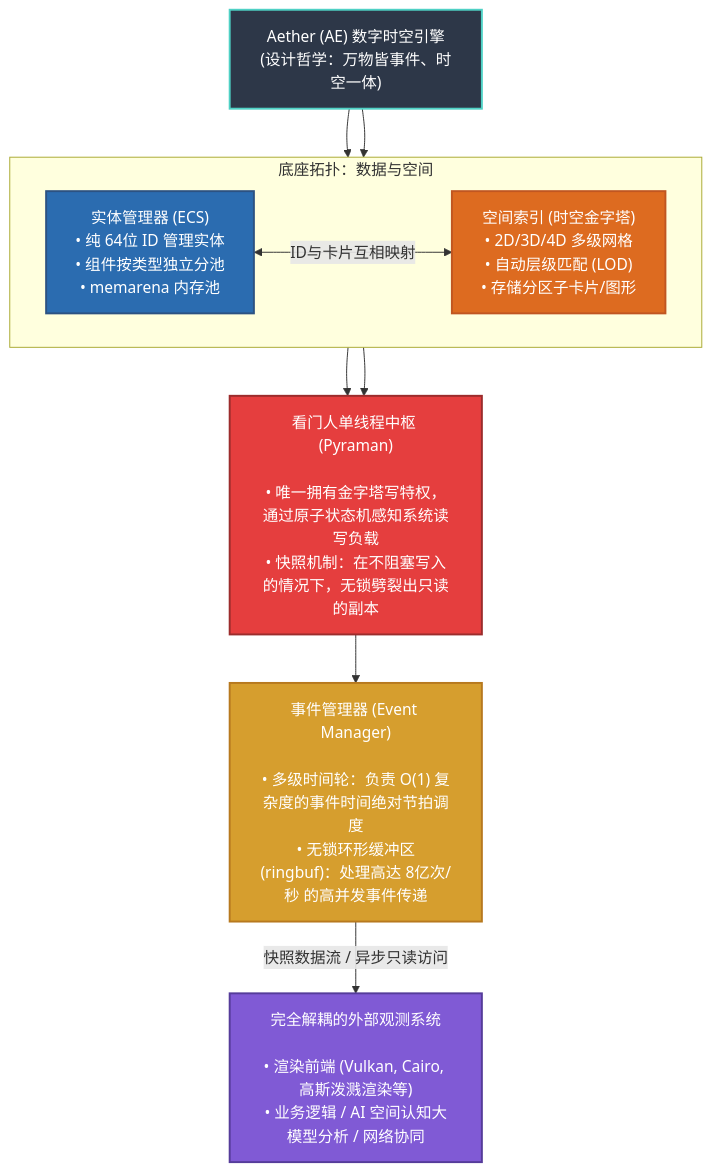
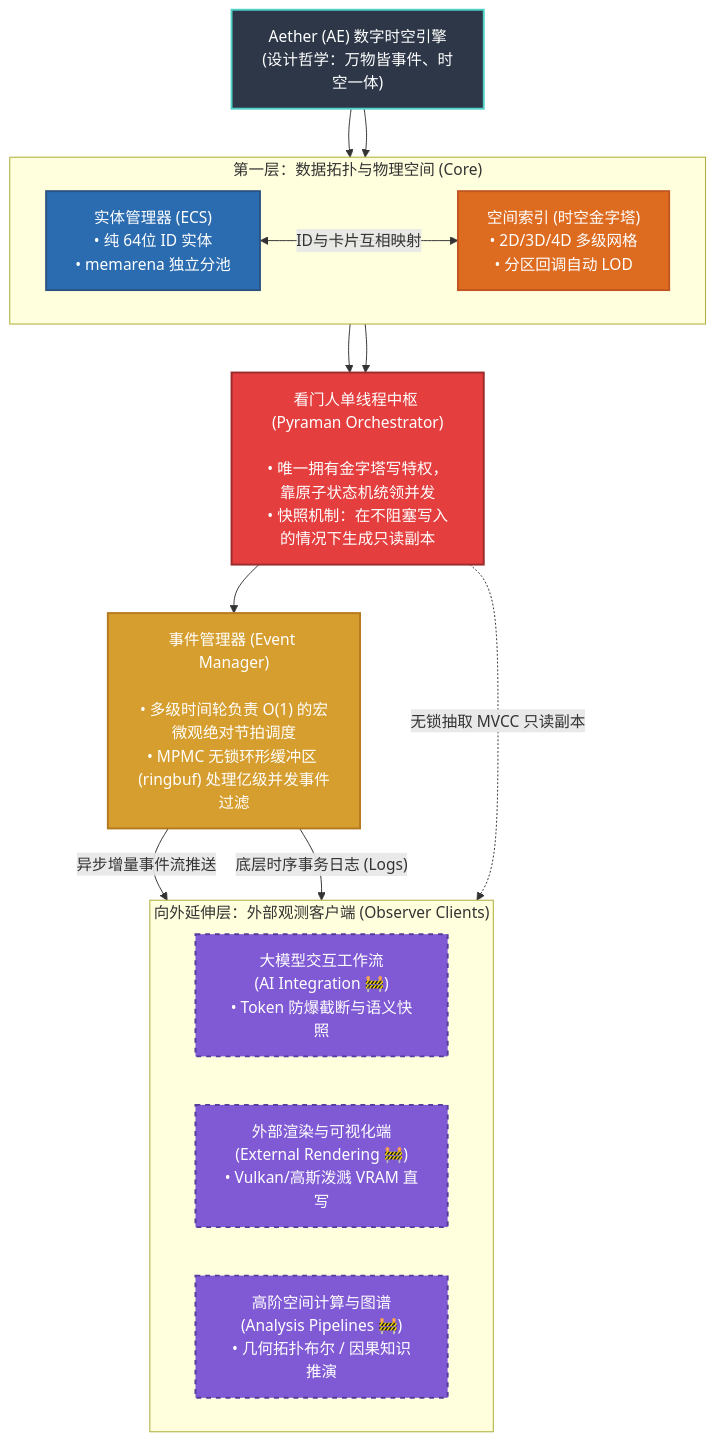
Before and after one commit to mapcarto/aether: the diagram in docs/01_philosophy/index.md, drawn with Mermaid. The commit also changed other lines of this file and 16 other files, not shown here.

Commit message:
docs(architecture): structure rendering clients, complete spatial analysis pipelines, and standardize core glossary

````diff
--- a/docs/01_philosophy/index.md
+++ b/docs/01_philosophy/index.md
@@ -23,35 +23,42 @@
 ```mermaid
 flowchart TD
     classDef engine fill:#2d3748,stroke:#4fd1c5,stroke-width:2px,color:#fff
     classDef core fill:#2b6cb0,stroke:#2c5282,stroke-width:2px,color:#fff
     classDef pyramid fill:#dd6b20,stroke:#c05621,stroke-width:2px,color:#fff
     classDef pyraman fill:#e53e3e,stroke:#9b2c2c,stroke-width:2px,color:#fff
     classDef event fill:#d69e2e,stroke:#b7791f,stroke-width:2px,color:#fff
-    classDef external fill:#805ad5,stroke:#553c9a,stroke-width:2px,color:#fff
+    classDef pipeline fill:#805ad5,stroke:#553c9a,stroke-width:2px,color:#fff,stroke-dasharray: 5 5
 
     AE["Aether (AE) 数字时空引擎<br/>(设计哲学：万物皆事件、时空一体)"]:::engine
 
-    subgraph "底座拓扑：数据与空间"
+    subgraph "第一层：数据拓扑与物理空间 (Core)"
         direction LR
-        ECS["实体管理器 (ECS)<br/>• 纯 64位 ID 管理实体<br/>• 组件按类型独立分池<br/>• memarena 内存池"]:::core
-        GRID["空间索引 (时空金字塔)<br/>• 2D/3D/4D 多级网格<br/>• 自动层级匹配 (LOD)<br/>• 存储分区子卡片/图形"]:::pyramid
+        ECS["实体管理器 (ECS)<br/>• 纯 64位 ID 实体<br/>• memarena 独立分池"]:::core
+        GRID["空间索引 (时空金字塔)<br/>• 2D/3D/4D 多级网格<br/>• 分区回调自动 LOD"]:::pyramid
         
         ECS <-->|"ID与卡片互相映射"| GRID
     end
 
     AE --> ECS
     AE --> GRID
 
-    PYRAMAN["看门人单线程中枢 (Pyraman)<br/><br/>• 唯一拥有金字塔写特权，通过原子状态机感知系统读写负载<br/>• 快照机制：在不阻塞写入的情况下，无锁劈裂出只读的副本"]:::pyraman
+    PYRAMAN["看门人单线程中枢 (Pyraman Orchestrator)<br/><br/>• 唯一拥有金字塔写特权，靠原子状态机统领并发<br/>• 快照机制：在不阻塞写入的情况下生成只读副本"]:::pyraman
 
     ECS --> PYRAMAN
     GRID --> PYRAMAN
 
-    EM["事件管理器 (Event Manager)<br/><br/>• 多级时间轮：负责 O(1) 复杂度的事件时间绝对节拍调度<br/>• 无锁环形缓冲区(ringbuf)：处理高达 8亿次/秒 的高并发事件传递"]:::event
+    EM["事件管理器 (Event Manager)<br/><br/>• 多级时间轮负责 O(1) 的宏微观绝对节拍调度<br/>• MPMC 无锁环形缓冲区 (ringbuf) 处理亿级并发事件过滤"]:::event
 
     PYRAMAN --> EM
 
-    OUT["完全解耦的外部观测系统<br/><br/>• 渲染前端 (Vulkan, Cairo, 高斯泼溅渲染等)<br/>• 业务逻辑 / AI 空间认知大模型分析 / 网络协同"]:::external
+    subgraph "向外延伸层：外部观测客户端 (Observer Clients)"
+        direction LR
+        AI["大模型交互工作流<br/>(AI Integration 🚧)<br/>• Token 防爆截断与语义快照"]:::pipeline
+        RENDER["外部渲染与可视化端<br/>(External Rendering 🚧)<br/>• Vulkan/高斯泼溅 VRAM 直写"]:::pipeline
+        ANALYSIS["高阶空间计算与图谱<br/>(Analysis Pipelines 🚧)<br/>• 几何拓扑布尔 / 因果知识推演"]:::pipeline
+    end
 
-    EM -->|"快照数据流 / 异步只读访问"| OUT
+    EM -->|"异步增量事件流推送"| AI
+    PYRAMAN -.->|"无锁抽取 MVCC 只读副本"| RENDER
+    EM -->|"底层时序事务日志 (Logs)"| ANALYSIS
 ```
````
